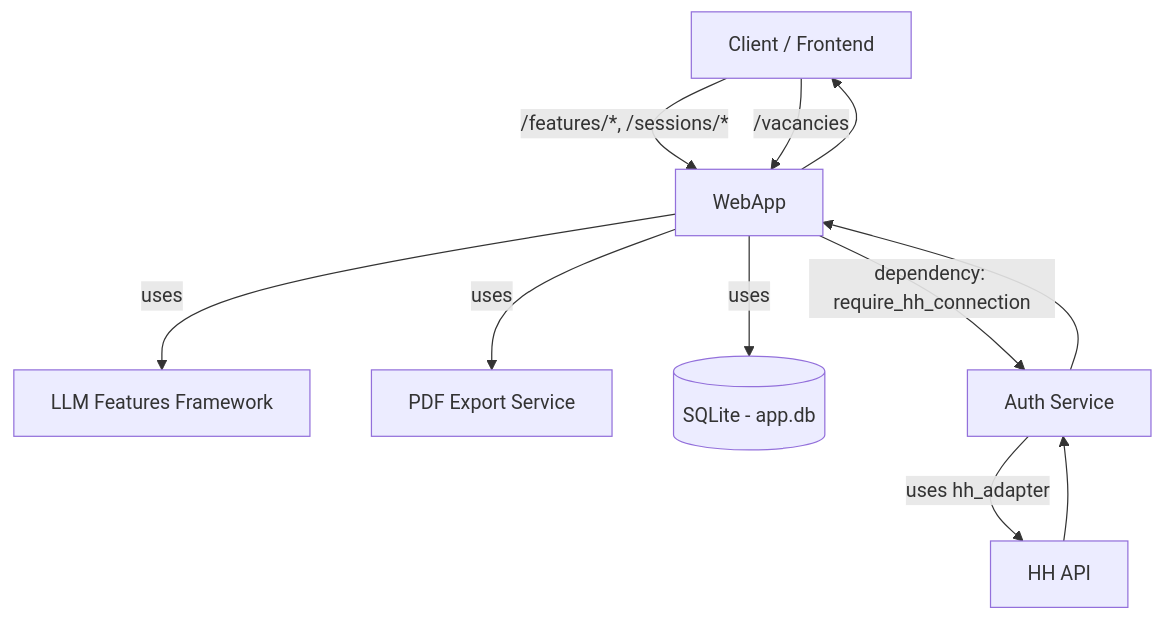
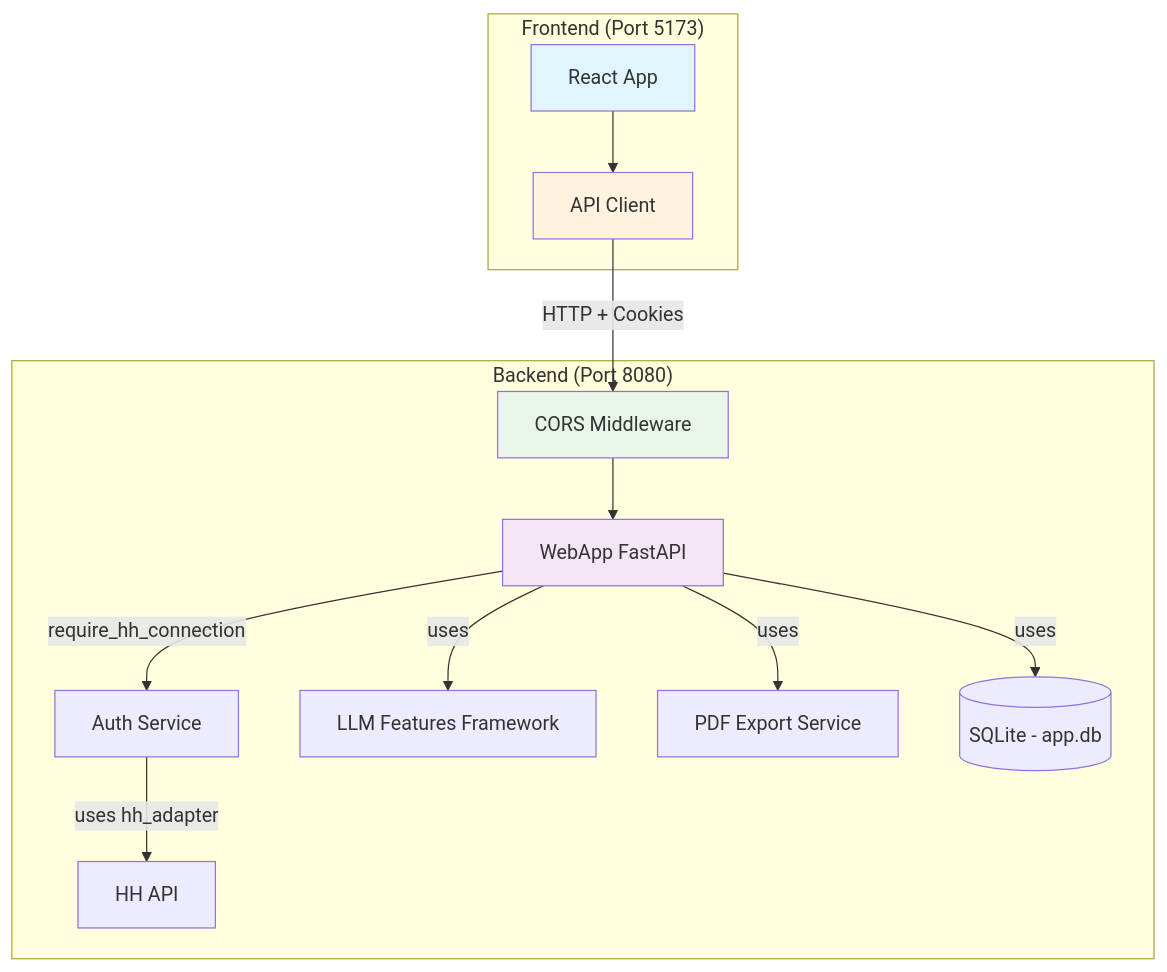
Before and after one commit to Maskedxxx/refactor_gpt_4_mini_hackaton_final: the first of 2 diagrams in docs/architecture/components/webapp.md, drawn with Mermaid. The commit also changed other lines of this file and 5 other files, not shown here.

````diff
--- a/docs/architecture/components/webapp.md
+++ b/docs/architecture/components/webapp.md
@@ -34,12 +34,31 @@
 ```mermaid
 graph TD
-    A[Client / Frontend] -->|/features/*, /sessions/*| B[WebApp]
-    B -->|uses| D[LLM Features Framework]
-    B -->|uses| E[PDF Export Service]
-    B -->|uses| F[(SQLite - app.db)]
-
-    A -->|/vacancies| B
-    B -->|dependency: require_hh_connection| G[Auth Service]
-    G -->|uses hh_adapter| H[HH API]
-    H --> G --> B --> A
+    subgraph "Frontend (Port 5173)"
+        FE[React App]
+        AC[API Client]
+        FE --> AC
+    end
+    
+    subgraph "Backend (Port 8080)"
+        WA[WebApp FastAPI]
+        CORS[CORS Middleware]
+        AUTH[Auth Service]
+        LLM[LLM Features Framework]
+        PDF[PDF Export Service]
+        DB[(SQLite - app.db)]
+        HH[HH API]
+        
+        AC -->|HTTP + Cookies| CORS
+        CORS --> WA
+        WA -->|uses| LLM
+        WA -->|uses| PDF
+        WA -->|uses| DB
+        WA -->|require_hh_connection| AUTH
+        AUTH -->|uses hh_adapter| HH
+    end
+    
+    style FE fill:#e1f5fe
+    style AC fill:#fff3e0
+    style CORS fill:#e8f5e8
+    style WA fill:#f3e5f5
 ```
````
